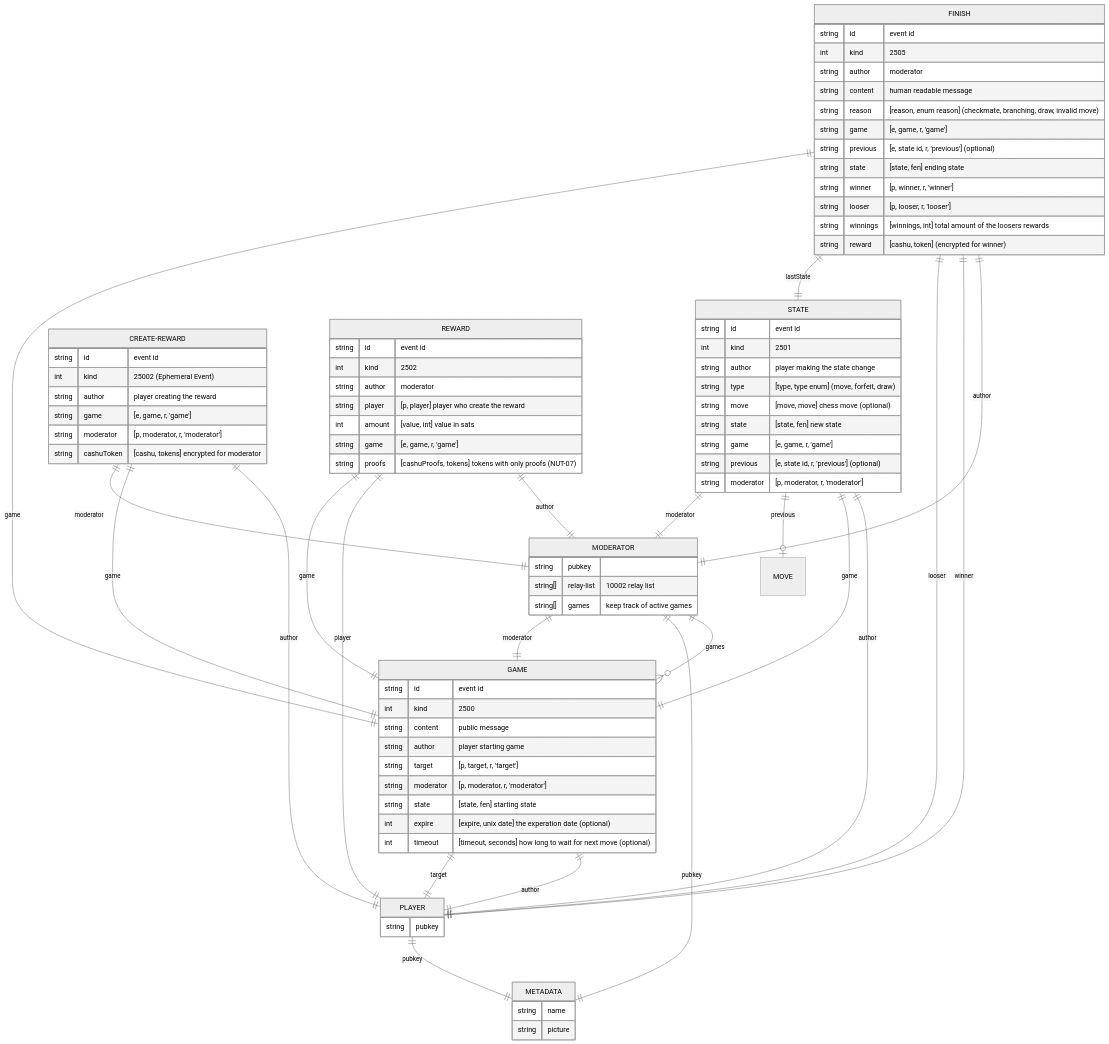
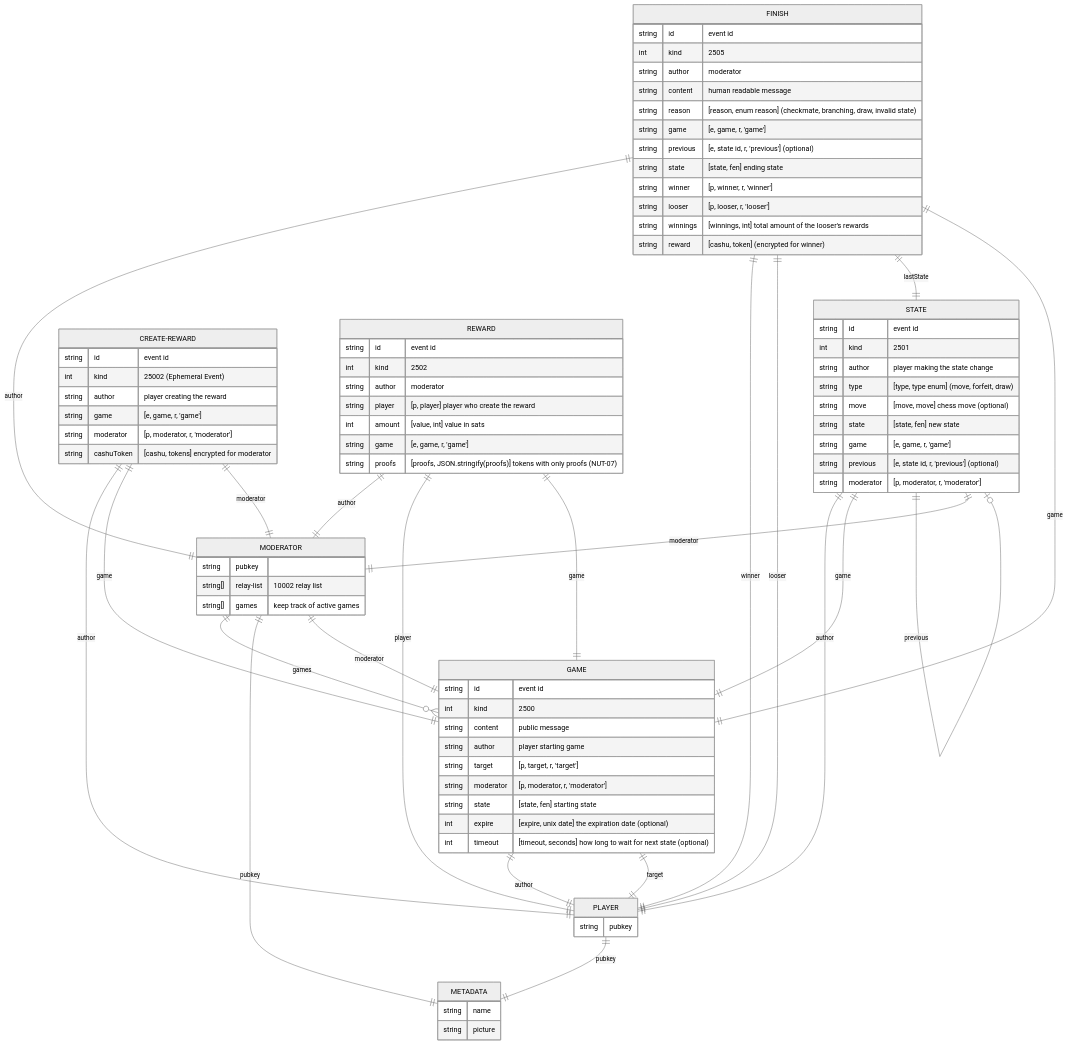
The first of 2 diagrams in README.md (hzrd149/chessnut), drawn with Mermaid (neutral theme) before and after one commit.

Commit message:
small corrections

```diff
--- a/README.md
+++ b/README.md
@@ -31,8 +31,8 @@
         string target "[p, target, r, 'target']"
         string moderator "[p, moderator, r, 'moderator']"
         string state "[state, fen] starting state"
-        int expire "[expire, unix date] the experation date (optional)"
-        int timeout "[timeout, seconds] how long to wait for next move (optional)"
+        int expire "[expire, unix date] the expiration date (optional)"
+        int timeout "[timeout, seconds] how long to wait for next state (optional)"
     }
     GAME ||--|| PLAYER : author
     GAME ||--|| PLAYER : target
@@ -51,7 +51,7 @@
     }
     STATE ||--|| PLAYER : author
     STATE ||--|| GAME : game
-    STATE ||--o| MOVE : previous
+    STATE ||--o| STATE : previous
     STATE ||--|| MODERATOR : moderator
 
     CREATE-REWARD {
@@ -73,7 +73,7 @@
         string player "[p, player] player who create the reward"
         int amount "[value, int] value in sats"
         string game "[e, game, r, 'game']"
-        string proofs "[cashuProofs, tokens] tokens with only proofs (NUT-07)"
+        string proofs "[proofs, JSON.stringify(proofs)] tokens with only proofs (NUT-07)"
     }
     REWARD ||--|| MODERATOR : author
     REWARD ||--|| PLAYER : player
@@ -84,13 +84,13 @@
         int kind "2505"
         string author "moderator"
         string content "human readable message"
-        string reason "[reason, enum reason] (checkmate, branching, draw, invalid move)"
+        string reason "[reason, enum reason] (checkmate, branching, draw, invalid state)"
         string game "[e, game, r, 'game']"
         string previous "[e, state id, r, 'previous'] (optional)"
         string state "[state, fen] ending state"
         string winner "[p, winner, r, 'winner']"
         string looser "[p, looser, r, 'looser']"
-        string winnings "[winnings, int] total amount of the loosers rewards"
+        string winnings "[winnings, int] total amount of the looser's rewards"
         string reward "[cashu, token] (encrypted for winner)"
     }
     FINISH ||--|| MODERATOR : author
```
